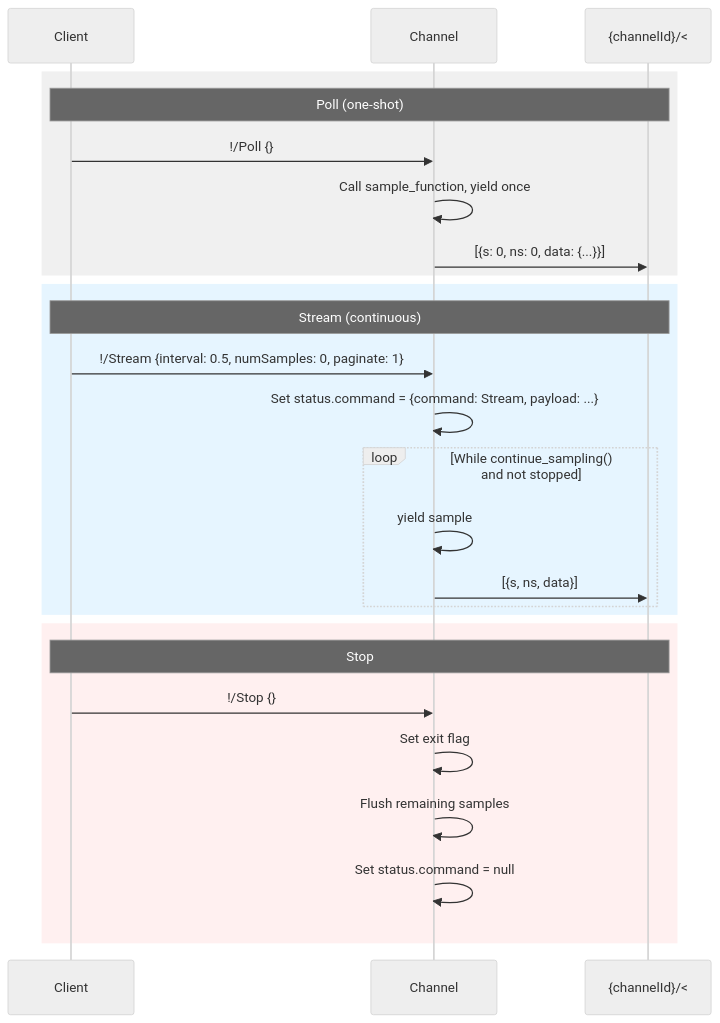
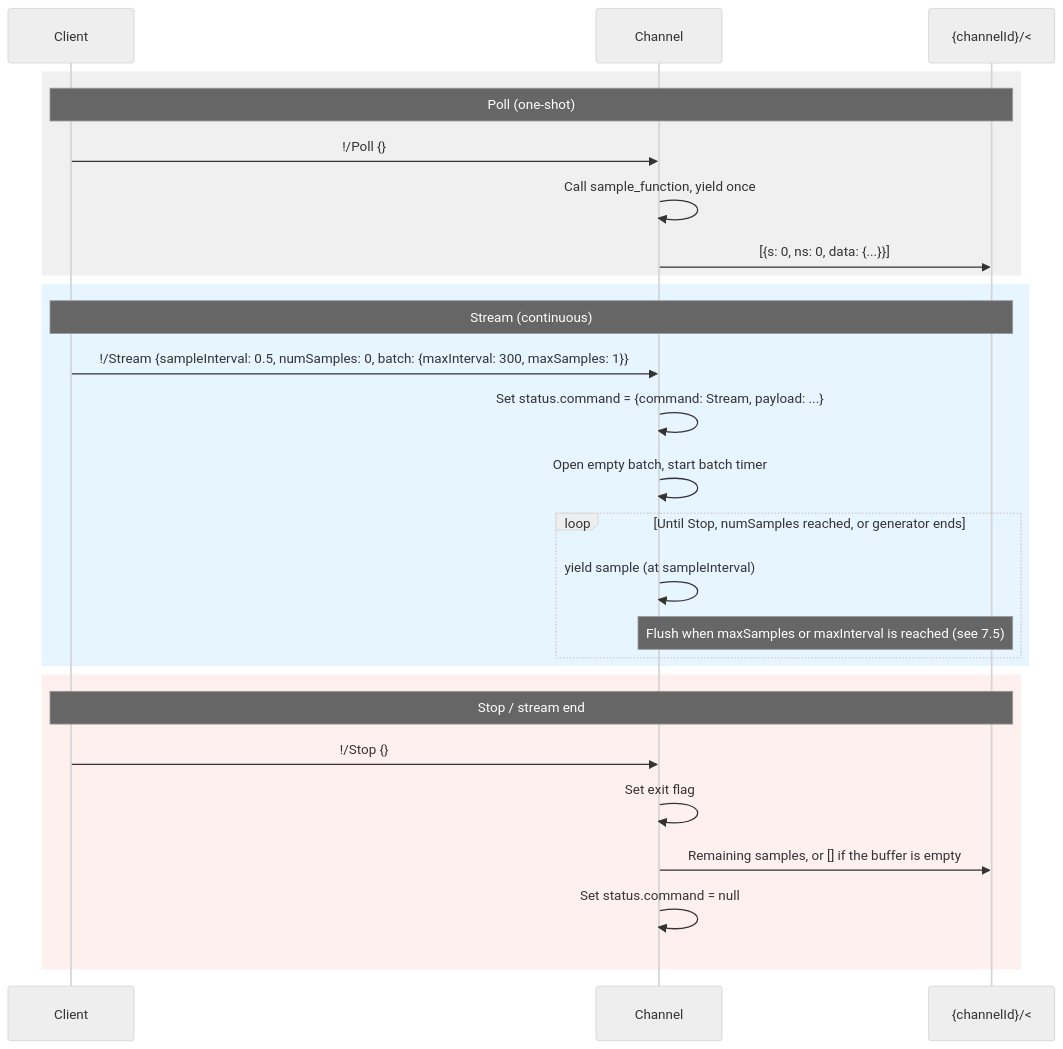
Before and after one commit to BuildLynx/lynx-sdk-python: the fifth of 8 diagrams in docs/protocol.md, drawn with Mermaid (neutral theme). The commit also changed other lines of this file and 4 other files, not shown here.

````diff
--- a/docs/protocol.md
+++ b/docs/protocol.md
@@ -445,31 +445,32 @@
 ```mermaid
 sequenceDiagram
     participant C as Client
     participant Ch as Channel
     participant Out as {channelId}/<
 
     rect rgb(240, 240, 240)
         Note over C,Out: Poll (one-shot)
         C->>Ch: !/Poll {}
         Ch->>Ch: Call sample_function, yield once
         Ch->>Out: [{s: 0, ns: 0, data: {...}}]
     end
 
     rect rgb(230, 245, 255)
         Note over C,Out: Stream (continuous)
-        C->>Ch: !/Stream {interval: 0.5, numSamples: 0, paginate: 1}
+        C->>Ch: !/Stream {sampleInterval: 0.5, numSamples: 0, batch: {maxInterval: 300, maxSamples: 1}}
         Ch->>Ch: Set status.command = {command: Stream, payload: ...}
-        loop While continue_sampling() and not stopped
-            Ch->>Ch: yield sample
-            Ch->>Out: [{s, ns, data}]
+        Ch->>Ch: Open empty batch, start batch timer
+        loop Until Stop, numSamples reached, or generator ends
+            Ch->>Ch: yield sample (at sampleInterval)
+            Note over Ch,Out: Flush when maxSamples or maxInterval is reached (see 7.5)
         end
     end
 
     rect rgb(255, 240, 240)
-        Note over C,Out: Stop
+        Note over C,Out: Stop / stream end
         C->>Ch: !/Stop {}
         Ch->>Ch: Set exit flag
-        Ch->>Ch: Flush remaining samples
+        Ch->>Out: Remaining samples, or [] if the buffer is empty
         Ch->>Ch: Set status.command = null
     end
 ```
````
